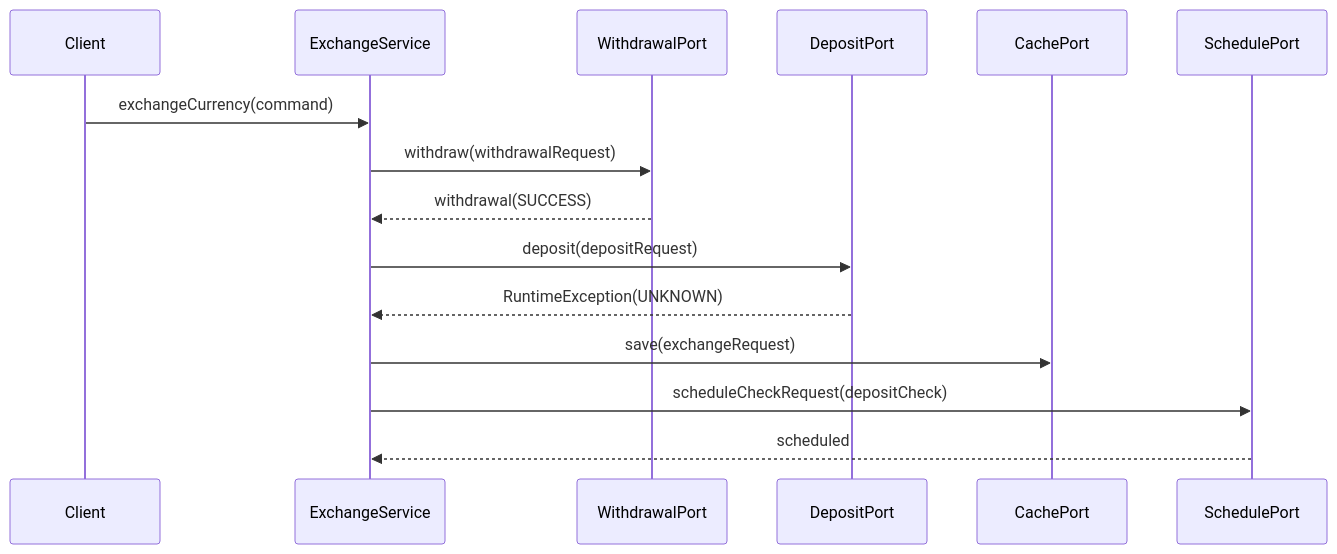
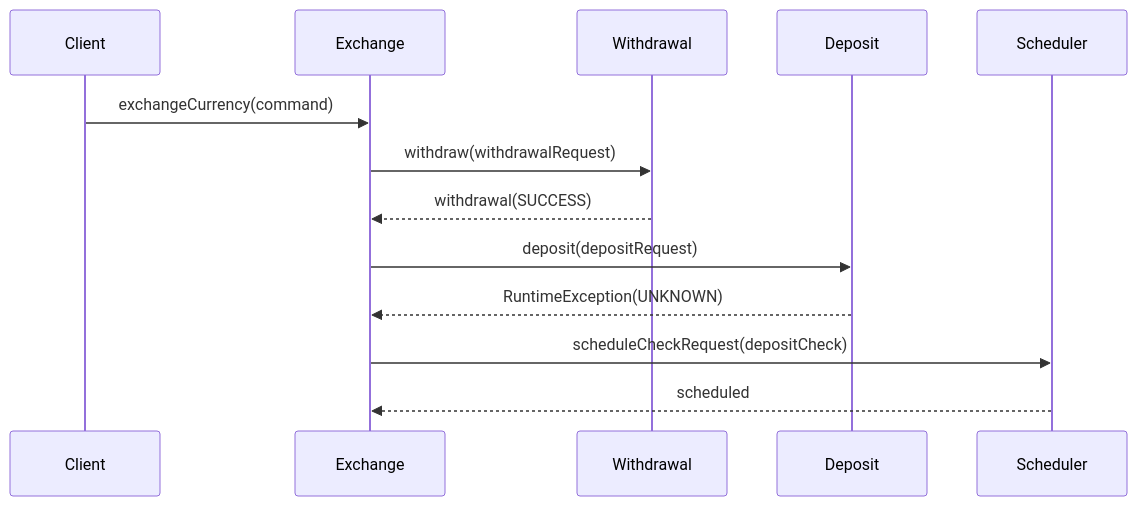
The second of 3 diagrams in README.md (boldfaced7/springboot-msa-foreign-exchange), drawn with Mermaid before and after one commit. The commit also changed other lines of this file, not shown here.

````diff
--- a/README.md
+++ b/README.md
@@ -43,18 +42,16 @@
 ```mermaid
 sequenceDiagram
     participant Client
-    participant ExchangeService
-    participant WithdrawalPort
-    participant DepositPort
-    participant CachePort
-    participant SchedulePort
+    participant Exchange
+    participant Withdrawal
+    participant Deposit
+    participant Scheduler
 
-    Client->>ExchangeService: exchangeCurrency(command)
-    ExchangeService->>WithdrawalPort: withdraw(withdrawalRequest)
-    WithdrawalPort-->>ExchangeService: withdrawal(SUCCESS)
-    ExchangeService->>DepositPort: deposit(depositRequest)
-    DepositPort-->>ExchangeService: RuntimeException(UNKNOWN)
-    ExchangeService->>CachePort: save(exchangeRequest)
-    ExchangeService->>SchedulePort: scheduleCheckRequest(depositCheck)
-    SchedulePort-->>ExchangeService: scheduled
+    Client->>Exchange: exchangeCurrency(command)
+    Exchange->>Withdrawal: withdraw(withdrawalRequest)
+    Withdrawal-->>Exchange: withdrawal(SUCCESS)
+    Exchange->>Deposit: deposit(depositRequest)
+    Deposit-->>Exchange: RuntimeException(UNKNOWN)
+    Exchange->>Scheduler: scheduleCheckRequest(depositCheck)
+    Scheduler-->>Exchange: scheduled
 ```
````
